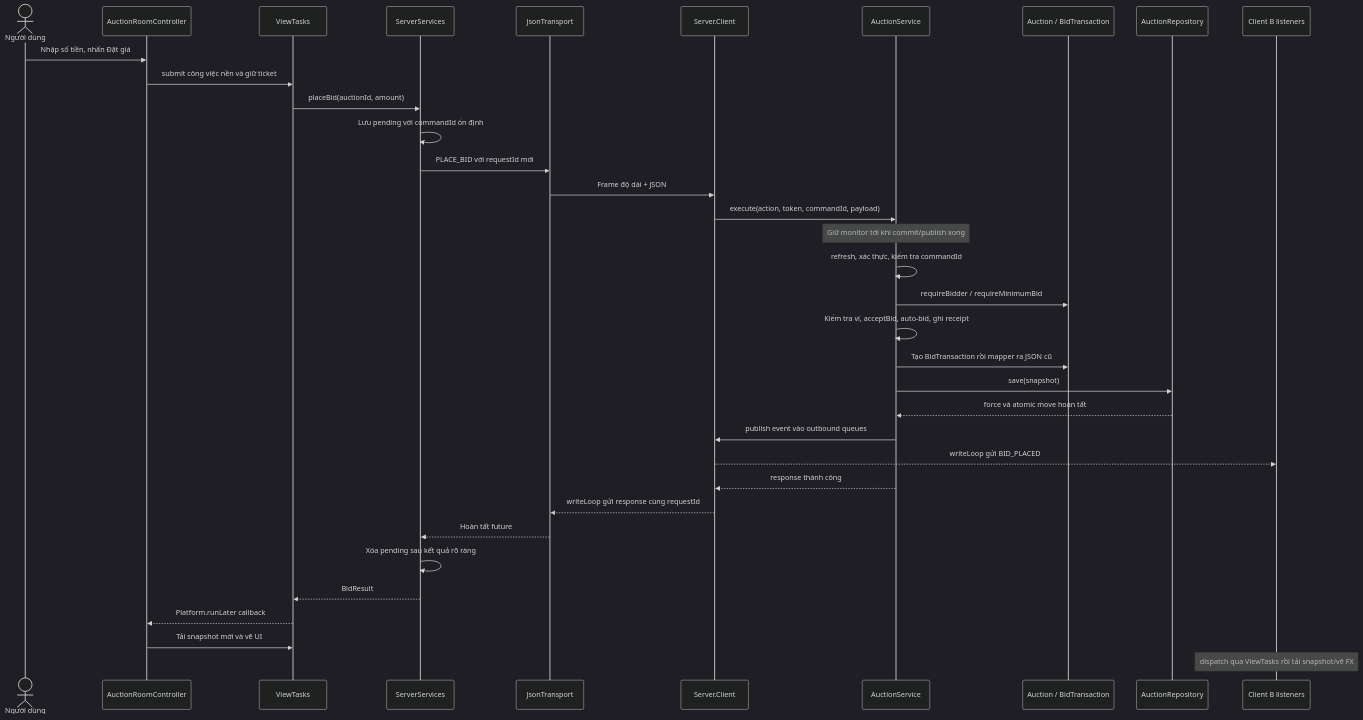
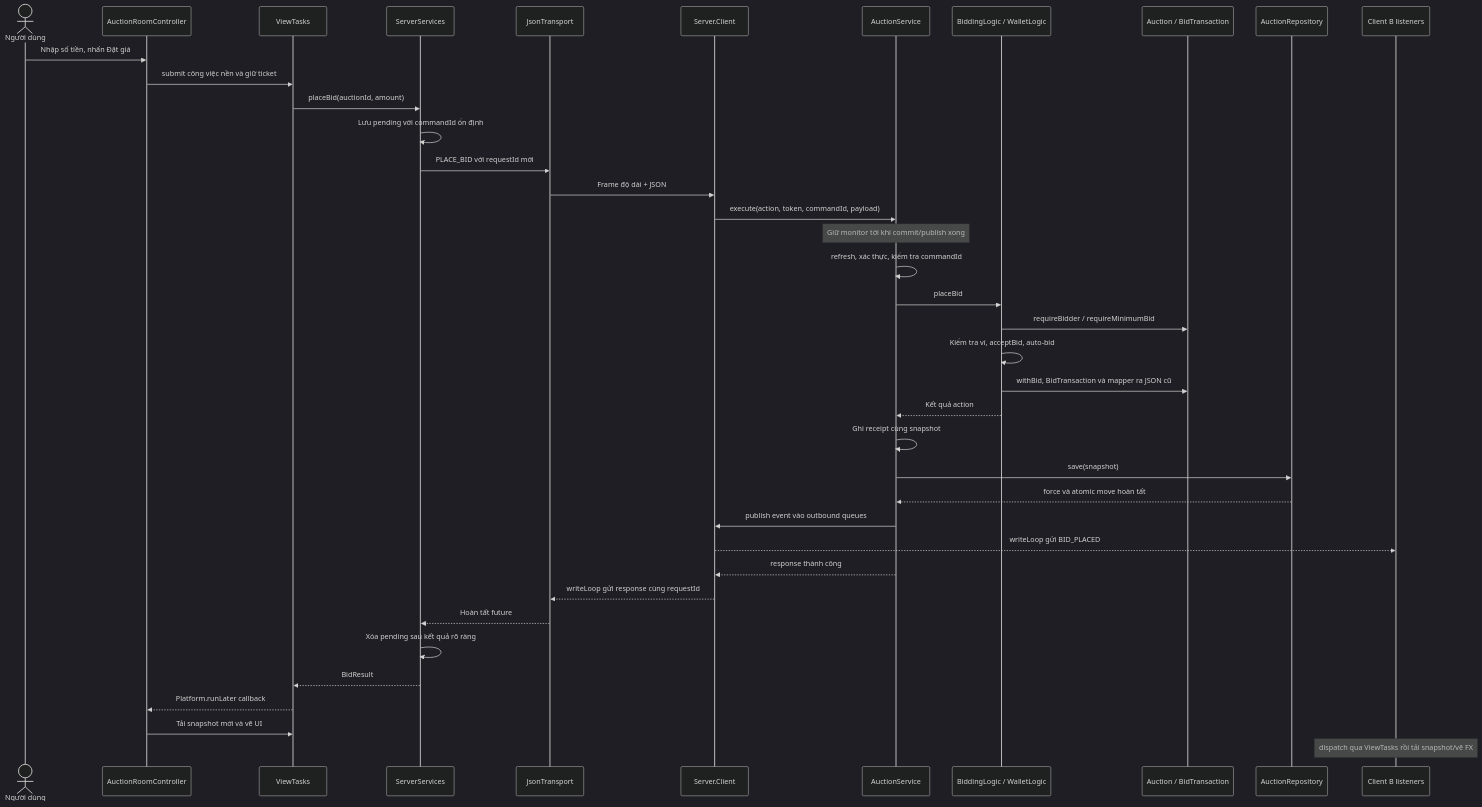
The third of 4 diagrams in docs/viva/ARCHITECTURE.md (hgiang757/Bai-Tap-Lon), drawn with Mermaid (dark theme) before and after one commit. The commit also changed other lines of this file and 40 other files, not shown here.

````diff
--- a/docs/viva/ARCHITECTURE.md
+++ b/docs/viva/ARCHITECTURE.md
@@ -136,37 +164,41 @@
 ```mermaid
 sequenceDiagram
   actor U as Người dùng
   participant C as AuctionRoomController
   participant V as ViewTasks
   participant A as ServerServices
   participant T as JsonTransport
   participant H as Server.Client
   participant S as AuctionService
+  participant L as BiddingLogic / WalletLogic
   participant D as Auction / BidTransaction
   participant R as AuctionRepository
   participant B as Client B listeners
   U->>C: Nhập số tiền, nhấn Đặt giá
   C->>V: submit công việc nền và giữ ticket
   V->>A: placeBid(auctionId, amount)
   A->>A: Lưu pending với commandId ổn định
   A->>T: PLACE_BID với requestId mới
   T->>H: Frame độ dài + JSON
   H->>S: execute(action, token, commandId, payload)
   Note over S: Giữ monitor tới khi commit/publish xong
   S->>S: refresh, xác thực, kiểm tra commandId
-  S->>D: requireBidder / requireMinimumBid
-  S->>S: Kiểm tra ví, acceptBid, auto-bid, ghi receipt
-  S->>D: Tạo BidTransaction rồi mapper ra JSON cũ
+  S->>L: placeBid
+  L->>D: requireBidder / requireMinimumBid
+  L->>L: Kiểm tra ví, acceptBid, auto-bid
+  L->>D: withBid, BidTransaction và mapper ra JSON cũ
+  L-->>S: Kết quả action
+  S->>S: Ghi receipt cùng snapshot
   S->>R: save(snapshot)
   R-->>S: force và atomic move hoàn tất
   S->>H: publish event vào outbound queues
   H-->>B: writeLoop gửi BID_PLACED
   S-->>H: response thành công
   H-->>T: writeLoop gửi response cùng requestId
   T-->>A: Hoàn tất future
   A->>A: Xóa pending sau kết quả rõ ràng
   A-->>V: BidResult
   V-->>C: Platform.runLater callback
   C->>V: Tải snapshot mới và vẽ UI
   Note over B: dispatch qua ViewTasks rồi tải snapshot/vẽ FX
 ```
````
